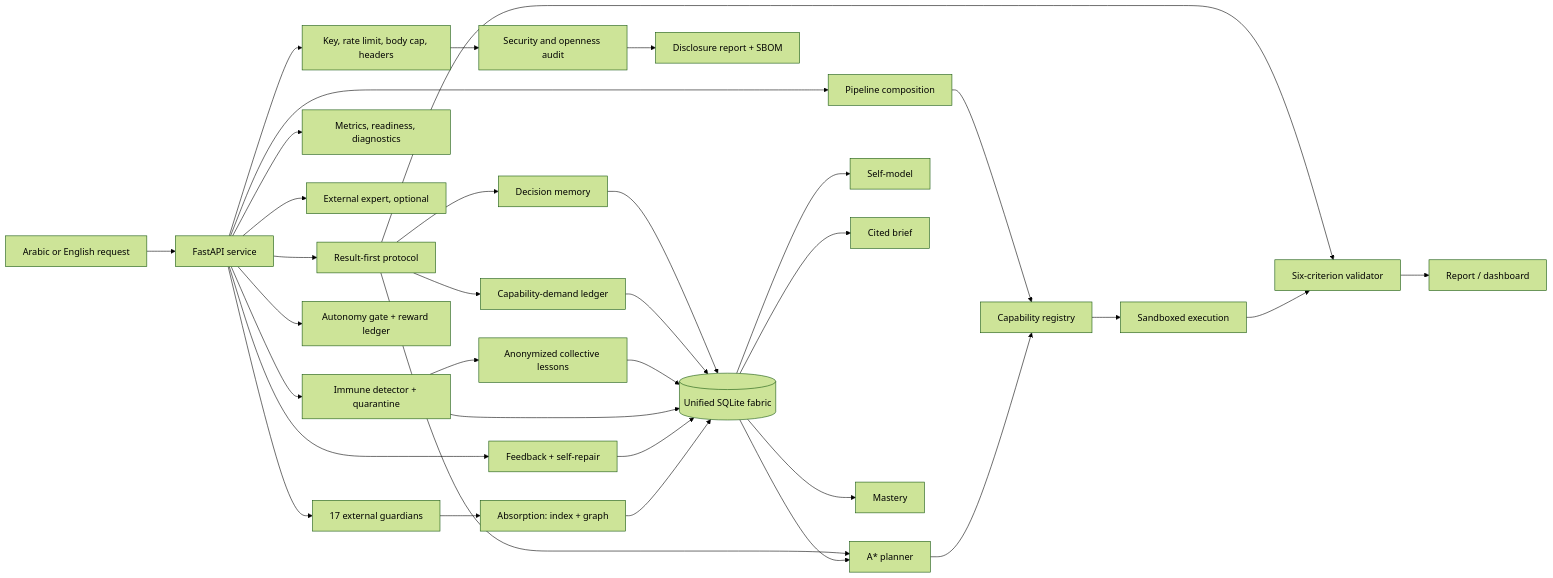
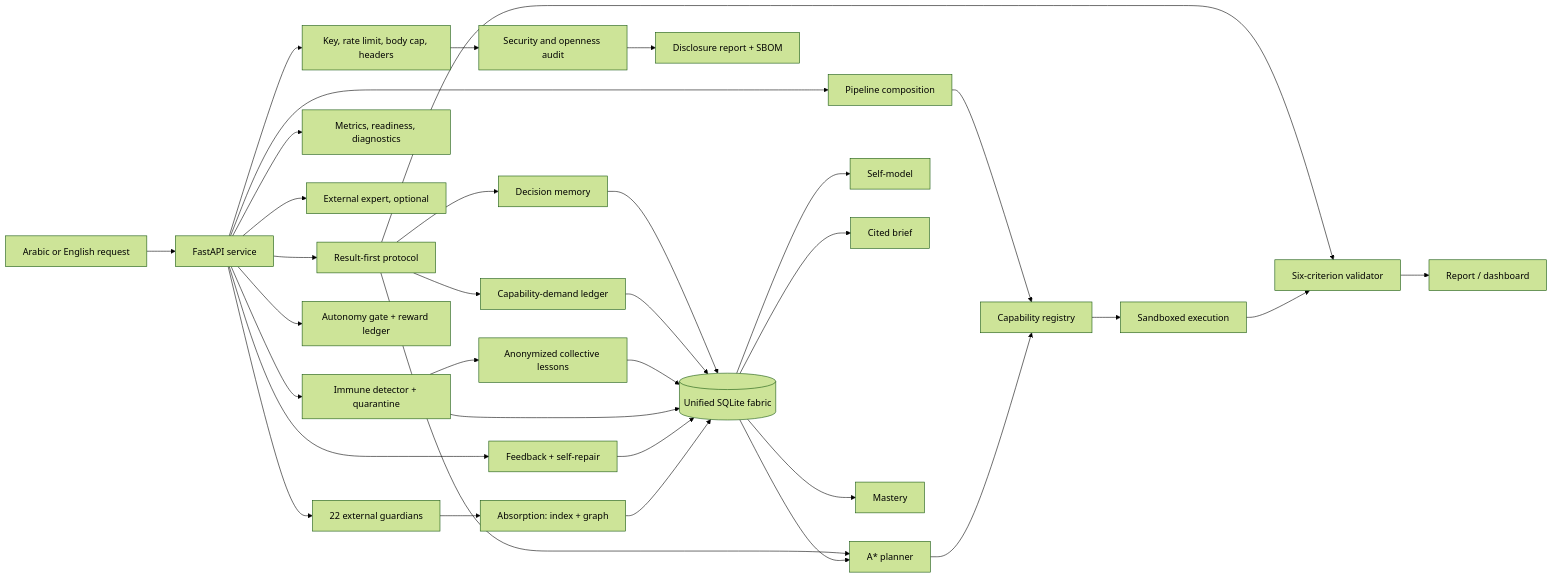
The diagram in docs/ARCHITECTURE.md (mansourhashad8-tech/sovereign-fabric), drawn with Mermaid (forest theme) before and after one commit. The commit also changed other lines of this file and 13 other files, not shown here.

````diff
--- a/docs/ARCHITECTURE.md
+++ b/docs/ARCHITECTURE.md
@@ -3,36 +3,36 @@
 ```mermaid
 flowchart LR
   U[Arabic or English request] --> API[FastAPI service]
-  API --> G[17 external guardians]
+  API --> G[22 external guardians]
   G --> A[Absorption: index + graph]
   A --> F[(Unified SQLite fabric)]
   F --> P[A* planner]
   P --> C[Capability registry]
   C --> X[Sandboxed execution]
   API --> PL[Pipeline composition]
   PL --> C
   X --> V[Six-criterion validator]
   V --> R[Report / dashboard]
   F --> S[Self-model]
   F --> B[Cited brief]
   F --> M[Mastery]
   API --> GUARD[Key, rate limit, body cap, headers]
   API --> OPS[Metrics, readiness, diagnostics]
   API --> EX[External expert, optional]
   API --> FB[Feedback + self-repair]
   FB --> F
   API --> IM[Immune detector + quarantine]
   IM --> F
   IM --> CO[Anonymized collective lessons]
   CO --> F
   API --> AU[Autonomy gate + reward ledger]
   API --> PR[Result-first protocol]
   PR --> P
   PR --> V
   PR --> GP[Capability-demand ledger]
   GP --> F
   PR --> DM[Decision memory]
   DM --> F
   GUARD --> SEC[Security and openness audit]
   SEC --> D[Disclosure report + SBOM]
 ```
````
